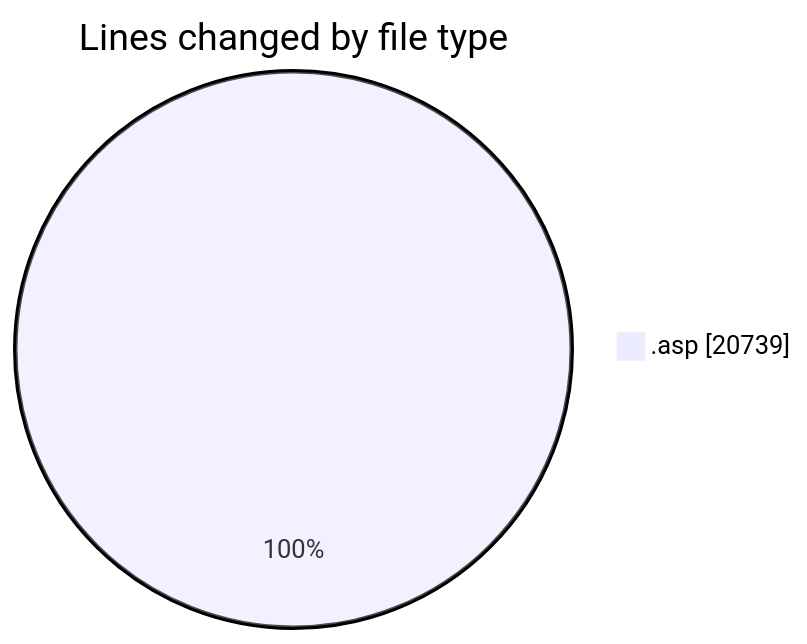
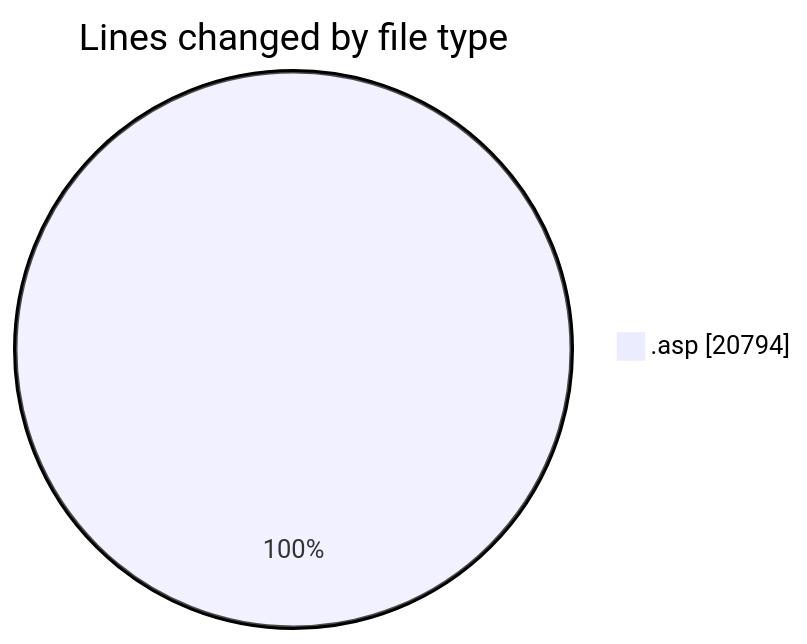
The first of 2 diagrams in 2025-11-14/cdp_aleoudev_fr__workspace_/README.md (julien-gomy/code-tracking), drawn with Mermaid before and after one commit. The commit also changed other lines of this file and 1 other file, not shown here.

````diff
--- a/2025-11-14/cdp_aleoudev_fr__workspace_/README.md
+++ b/2025-11-14/cdp_aleoudev_fr__workspace_/README.md
@@ -37,5 +37,5 @@
 ```mermaid
 pie showData
 title Lines changed by file type
-".asp" : 20739
+".asp" : 20794
 ```
````
